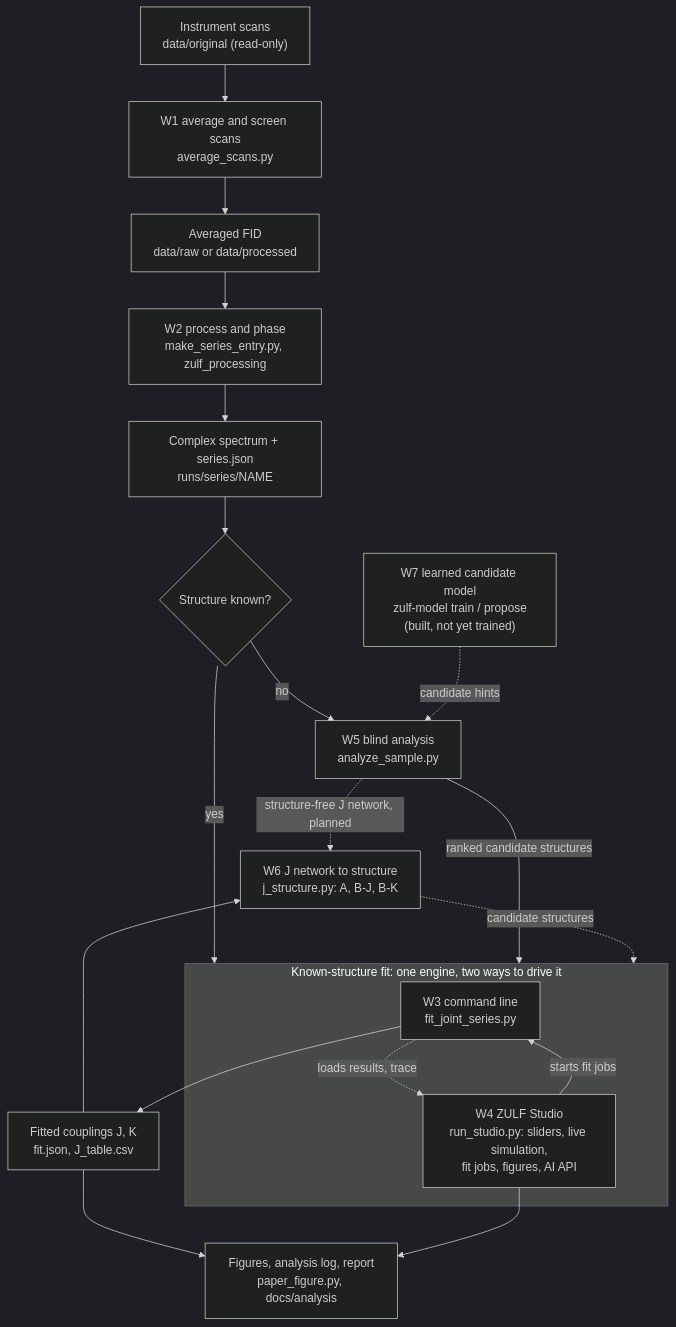
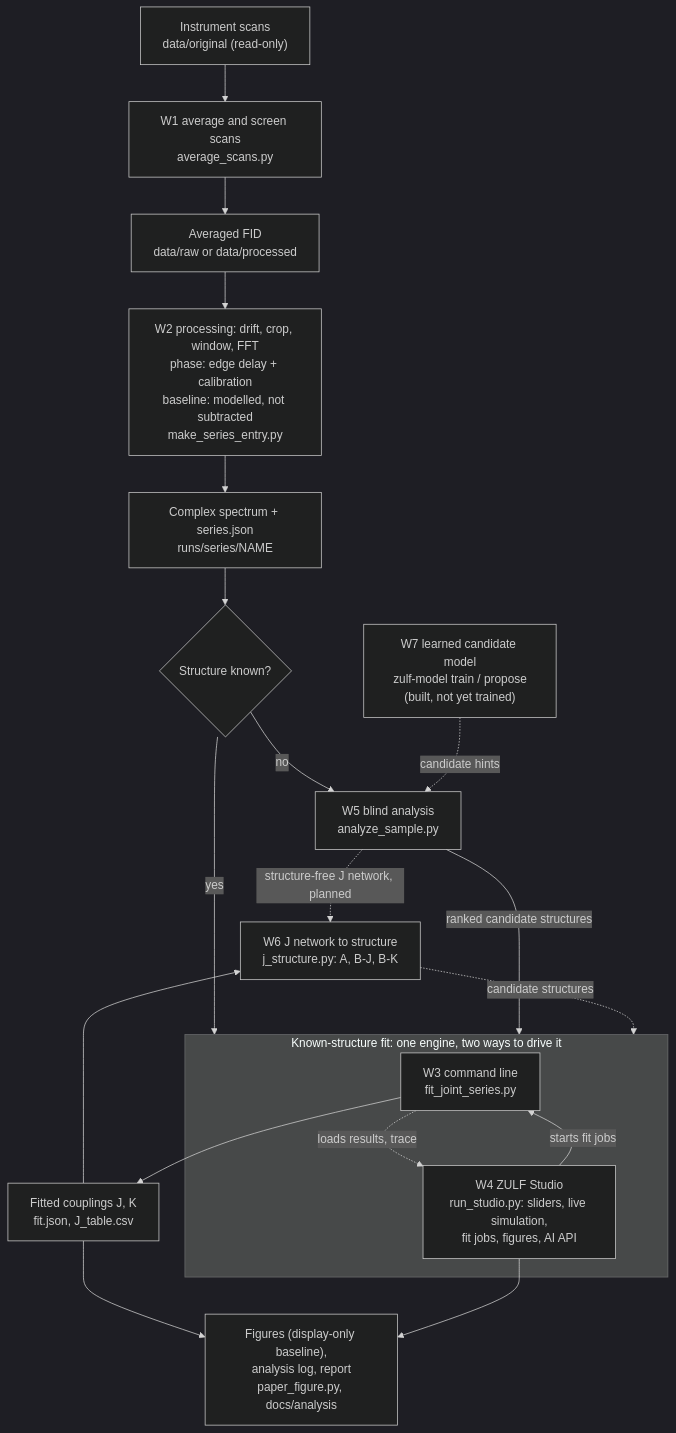
The first of 8 diagrams in docs/WORKFLOW.md (gao-xh/ZULF_Model), drawn with Mermaid (dark theme) before and after one commit. The commit also changed other lines of this file, not shown here.

Commit message:
docs: processing, phase and baseline steps in workflow W2

````diff
--- a/docs/WORKFLOW.md
+++ b/docs/WORKFLOW.md
@@ -15,33 +15,33 @@
 ```mermaid
 flowchart TD
     scans["Instrument scans<br/>data/original (read-only)"]
     avg["W1 average and screen scans<br/>average_scans.py"]
     fid["Averaged FID<br/>data/raw or data/processed"]
-    proc["W2 process and phase<br/>make_series_entry.py, zulf_processing"]
+    proc["W2 processing: drift, crop, window, FFT<br/>phase: edge delay + calibration<br/>baseline: modelled, not subtracted<br/>make_series_entry.py"]
     spec["Complex spectrum + series.json<br/>runs/series/NAME"]
     known{"Structure known?"}
     blind["W5 blind analysis<br/>analyze_sample.py"]
     jnet["Fitted couplings J, K<br/>fit.json, J_table.csv"]
     j2s["W6 J network to structure<br/>j_structure.py: A, B-J, B-K"]
-    report["Figures, analysis log, report<br/>paper_figure.py, docs/analysis"]
+    report["Figures (display-only baseline),<br/>analysis log, report<br/>paper_figure.py, docs/analysis"]
     nn["W7 learned candidate model<br/>zulf-model train / propose<br/>(built, not yet trained)"]
 
     subgraph known_fit["Known-structure fit: one engine, two ways to drive it"]
         fit["W3 command line<br/>fit_joint_series.py"]
         studio["W4 ZULF Studio<br/>run_studio.py: sliders, live simulation,<br/>fit jobs, figures, AI API"]
         studio -- starts fit jobs --> fit
         fit -. loads results, trace .-> studio
     end
 
     scans --> avg --> fid --> proc --> spec --> known
     known -- yes --> known_fit
     known -- no --> blind
     blind -- ranked candidate structures --> known_fit
     blind -. structure-free J network, planned .-> j2s
     fit --> jnet
     jnet --> j2s
     j2s -. candidate structures .-> known_fit
     jnet --> report
     studio --> report
     nn -. candidate hints .-> blind
 ```
````
